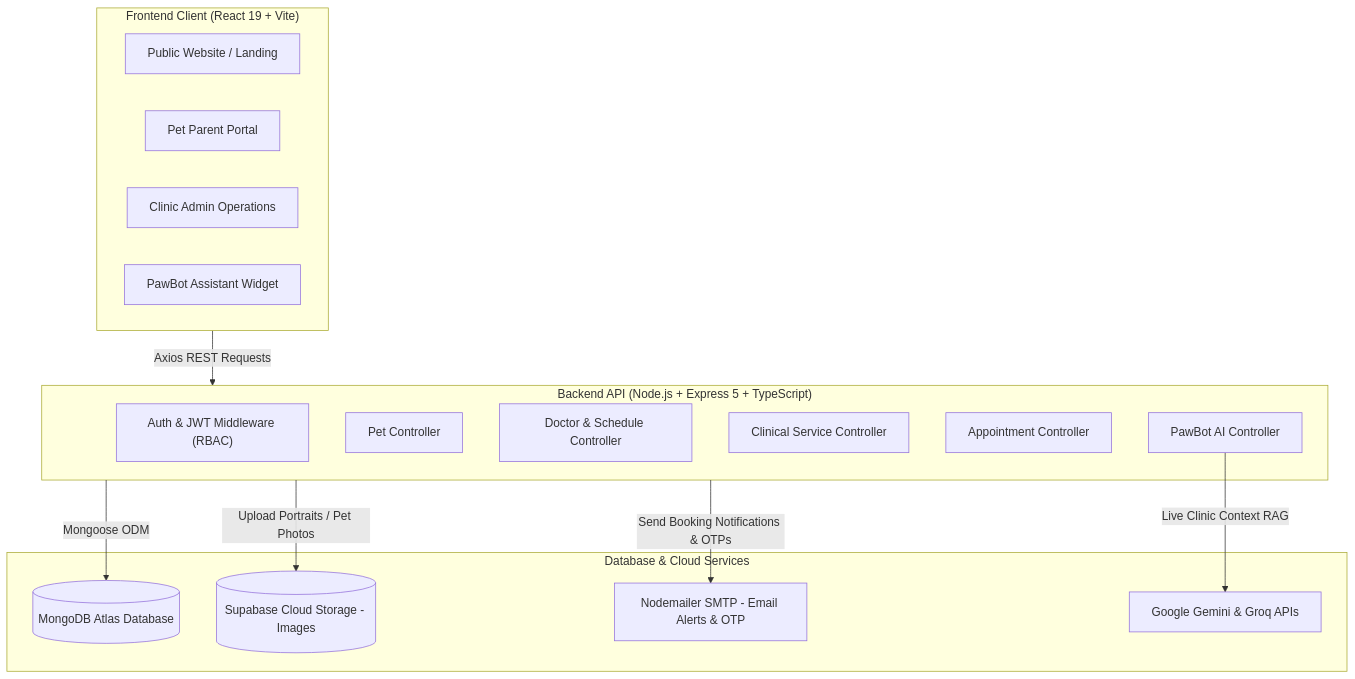
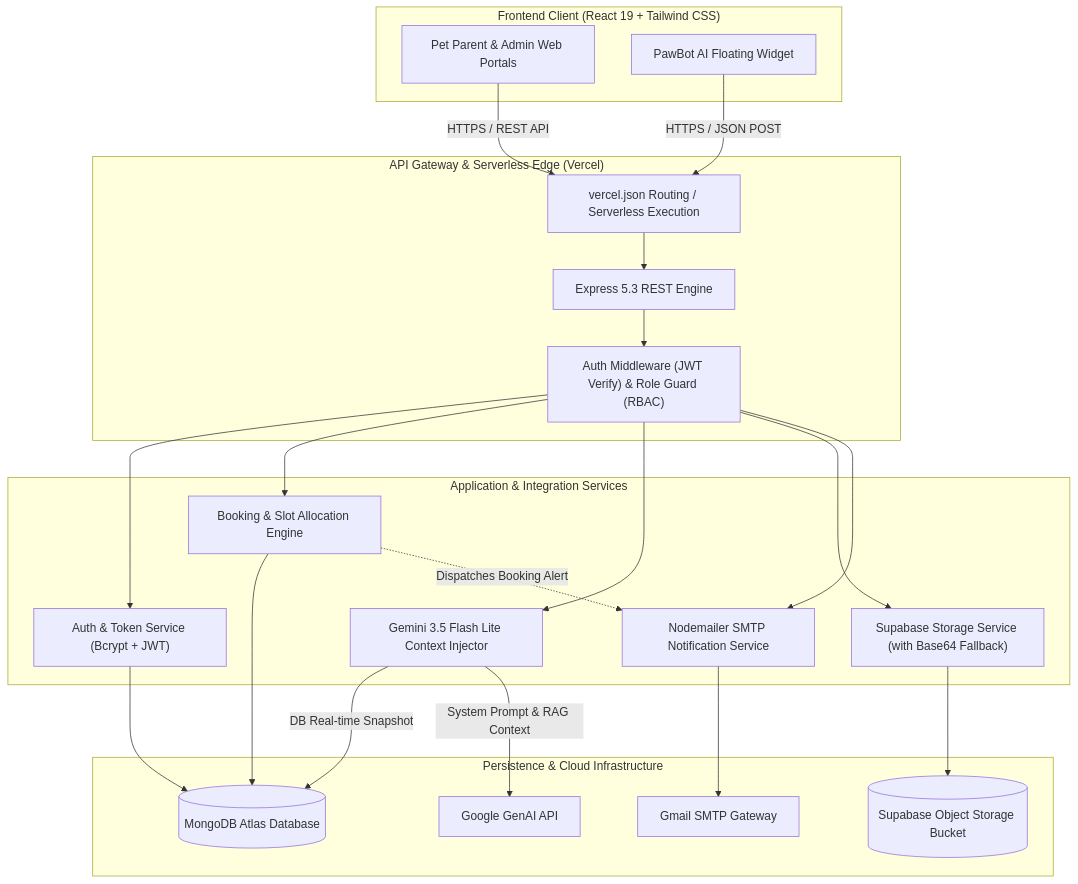
Before and after one commit to chathunga2007/ITS2020-Pet-Care-and-Vet-Clinic-Appointment-System-Backend: the diagram in README.md, drawn with Mermaid. The commit also changed other lines of this file, not shown here.

````diff
--- a/README.md
+++ b/README.md
@@ -100,31 +88,46 @@
 ```mermaid
 flowchart TD
-    subgraph ClientLayer["Frontend Client (React 19 + Vite)"]
-        Landing["Public Website / Landing"]
-        UserHub["Pet Parent Portal"]
-        AdminHub["Clinic Admin Operations"]
-        PawBotUI["PawBot Assistant Widget"]
+    subgraph ClientLayer["Frontend Client (React 19 + Tailwind CSS)"]
+        UI["Pet Parent & Admin Web Portals"]
+        Chat["PawBot AI Floating Widget"]
     end
 
-    subgraph ServerLayer["Backend API (Node.js + Express 5 + TypeScript)"]
-        AuthCtrl["Auth & JWT Middleware (RBAC)"]
-        PetCtrl["Pet Controller"]
-        DocCtrl["Doctor & Schedule Controller"]
-        SvcCtrl["Clinical Service Controller"]
-        ApptCtrl["Appointment Controller"]
-        AICtrl["PawBot AI Controller"]
+    subgraph GatewayLayer["API Gateway & Serverless Edge (Vercel)"]
+        VercelRoute["vercel.json Routing / Serverless Execution"]
+        ExpressApp["Express 5.3 REST Engine"]
+        Middlewares["Auth Middleware (JWT Verify) & Role Guard (RBAC)"]
     end
 
-    subgraph CloudServices["Database & Cloud Services"]
-        Mongo[("MongoDB Atlas Database")]
-        Supabase[("Supabase Cloud Storage - Images")]
-        SMTP["Nodemailer SMTP - Email Alerts & OTP"]
-        GeminiAPI["Google Gemini & Groq APIs"]
+    subgraph ServiceLayer["Application & Integration Services"]
+        AuthSvc["Auth & Token Service (Bcrypt + JWT)"]
+        ApptSvc["Booking & Slot Allocation Engine"]
+        AISvc["Gemini 3.5 Flash Lite Context Injector"]
+        UploadSvc["Supabase Storage Service (with Base64 Fallback)"]
+        EmailSvc["Nodemailer SMTP Notification Service"]
     end
 
-    ClientLayer -->|Axios REST Requests| ServerLayer
-    ServerLayer -->|Mongoose ODM| Mongo
-    ServerLayer -->|Upload Portraits / Pet Photos| Supabase
-    ServerLayer -->|Send Booking Notifications & OTPs| SMTP
-    AICtrl -->|Live Clinic Context RAG| GeminiAPI
+    subgraph DataLayer["Persistence & Cloud Infrastructure"]
+        MongoDB[("MongoDB Atlas Database")]
+        SupabaseBucket[("Supabase Object Storage Bucket")]
+        GeminiAPI["Google GenAI API"]
+        SMTPServer["Gmail SMTP Gateway"]
+    end
+
+    UI -->|HTTPS / REST API| VercelRoute
+    Chat -->|HTTPS / JSON POST| VercelRoute
+    VercelRoute --> ExpressApp
+    ExpressApp --> Middlewares
+    Middlewares --> AuthSvc
+    Middlewares --> ApptSvc
+    Middlewares --> AISvc
+    Middlewares --> UploadSvc
+    Middlewares --> EmailSvc
+
+    AuthSvc --> MongoDB
+    ApptSvc --> MongoDB
+    AISvc -->|DB Real-time Snapshot| MongoDB
+    AISvc -->|System Prompt & RAG Context| GeminiAPI
+    UploadSvc --> SupabaseBucket
+    EmailSvc --> SMTPServer
+    ApptSvc -.->|Dispatches Booking Alert| EmailSvc
 ```
````
